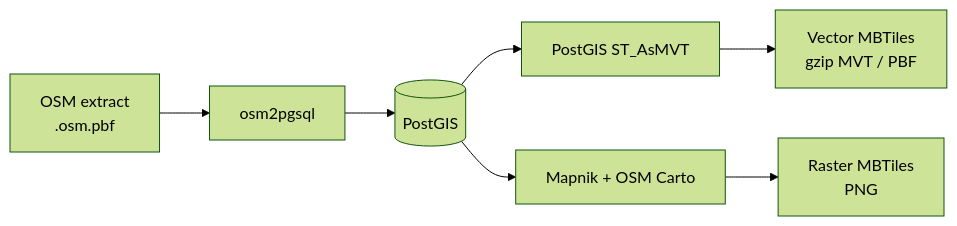
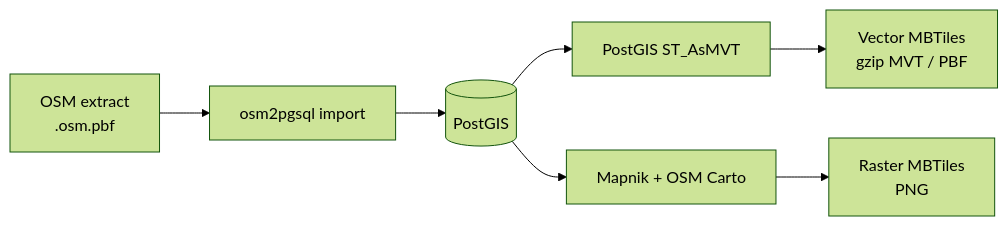
One commit to rydolabs/osm2mbtiles changed the first of 2 diagrams in README.md. Above: the diagram before and after it, drawn with Mermaid (forest theme). The commit also changed other lines of this file and 4 other files, not shown here.

````diff
--- a/README.md
+++ b/README.md
@@ -24,9 +88,9 @@
 ```mermaid
 flowchart LR
-    A["OSM extract<br/>.osm.pbf"] --> B["osm2pgsql"]
+    A["OSM extract<br/>.osm.pbf"] --> B["osm2pgsql import"]
     B --> C[("PostGIS")]
     C --> D["PostGIS ST_AsMVT"]
     C --> E["Mapnik + OSM Carto"]
     D --> F["Vector MBTiles<br/>gzip MVT / PBF"]
     E --> G["Raster MBTiles<br/>PNG"]
 ```
````
